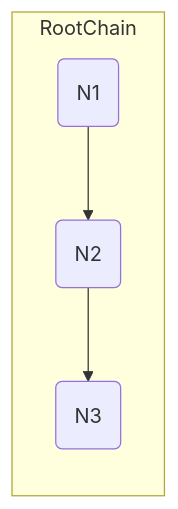
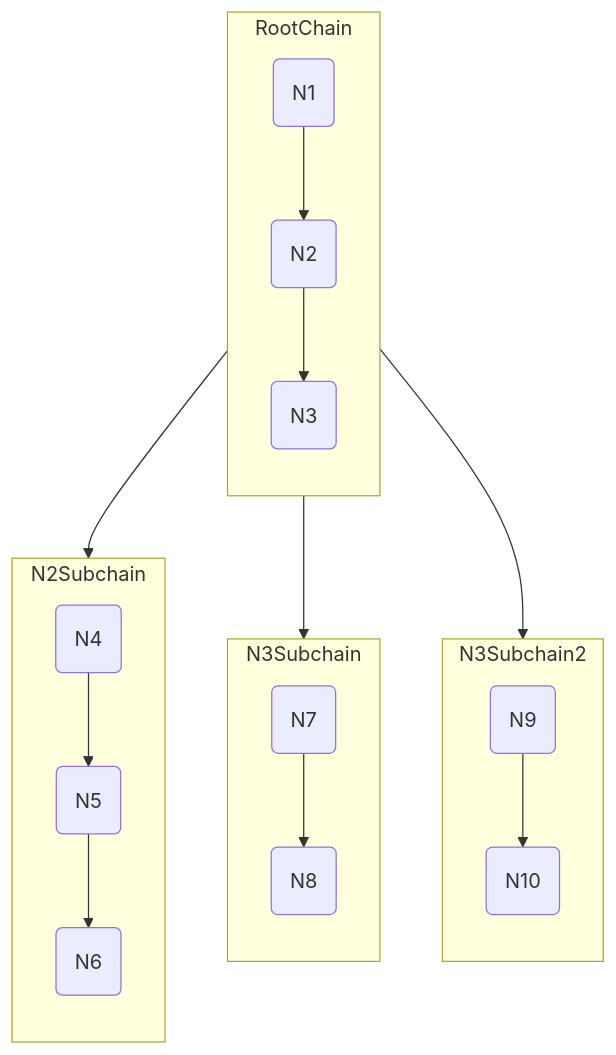
Before and after one commit to InsanusMokrassar/docs: the diagram in docs/navigation/index.md, drawn with Mermaid. The commit also changed 6 other files, not shown here.

Commit message:
a little bit fix of mermaid graphs

````diff
--- a/docs/navigation/index.md
+++ b/docs/navigation/index.md
@@ -13,21 +13,81 @@
 ```mermaid
-flowchart BT
+flowchart TB
 
     NodeN1(N1)
     NodeN2(N2)
     NodeN3(N3)
     
     class NodeN1 navigation-paused;
     class NodeN1 navigation-part;
     class NodeN2 navigation-paused;
     class NodeN2 navigation-part;
     class NodeN3 navigation-resumed;
     class NodeN3 navigation-part;
 
     subgraph RootChain
+        direction TB
         NodeN1 --> NodeN2
         NodeN2 --> NodeN3
     end
+
     class RootChain navigation-resumed;
     class RootChain navigation-part;
+
+    NodeN4(N4)
+    NodeN5(N5)
+    NodeN6(N6)
+    
+    class NodeN4 navigation-paused;
+    class NodeN4 navigation-part;
+    class NodeN5 navigation-paused;
+    class NodeN5 navigation-part;
+    class NodeN6 navigation-paused;
+    class NodeN6 navigation-part;
+
+    subgraph N2Subchain
+        direction TB
+        NodeN4 --> NodeN5
+        NodeN5 --> NodeN6
+    end
+
+    class N2Subchain navigation-paused;
+    class N2Subchain navigation-part;
+    
+    NodeN2 --> N2Subchain
+
+    NodeN7(N7)
+    NodeN8(N8)
+    
+    class NodeN7 navigation-paused;
+    class NodeN7 navigation-part;
+    class NodeN8 navigation-resumed;
+    class NodeN8 navigation-part;
+
+    subgraph N3Subchain
+        direction TB
+        NodeN7 --> NodeN8
+    end
+
+    class N3Subchain navigation-resumed;
+    class N3Subchain navigation-part;
+    
+    NodeN3 --> N3Subchain
+
+    NodeN9(N9)
+    NodeN10(N10)
+    
+    class NodeN9 navigation-paused;
+    class NodeN9 navigation-part;
+    class NodeN10 navigation-resumed;
+    class NodeN10 navigation-part;
+
+    subgraph N3Subchain2
+        direction TB
+        NodeN9 --> NodeN10
+    end
+
+    class N3Subchain2 navigation-resumed;
+    class N3Subchain2 navigation-part;
+    
+    NodeN3 --> N3Subchain2
 ```
````
